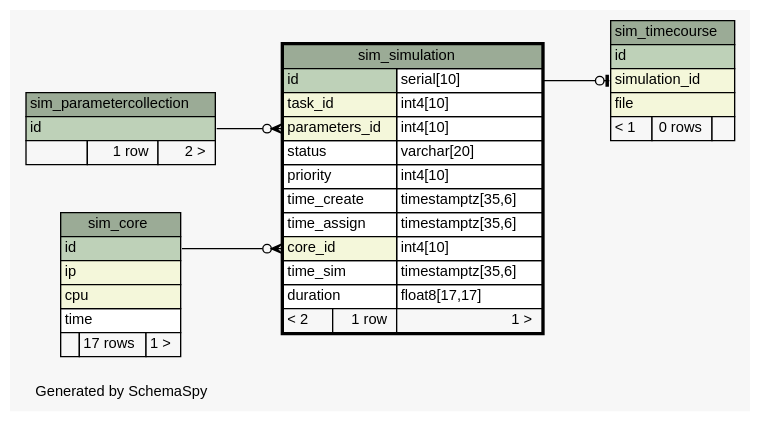
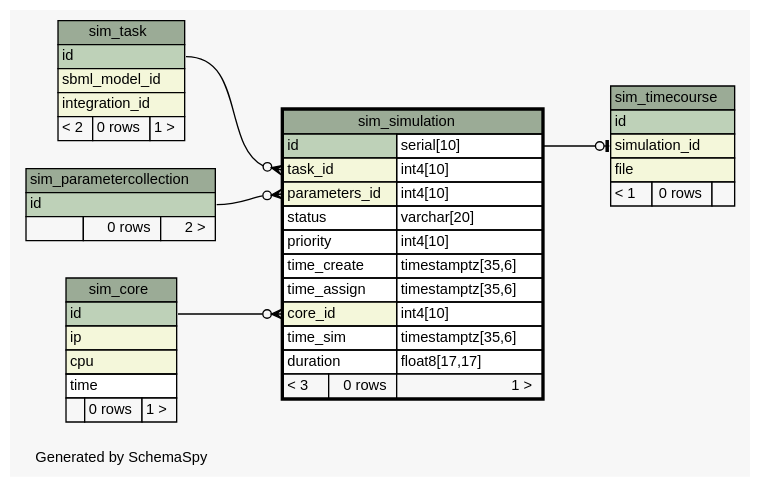
The diagram in database/diagrams/sim_simulation.1degree.dot (jingyayeah/multiscale-galactose), drawn with Graphviz before and after one commit. The commit also changed 90 other files, not shown here.

```diff
--- a/database/diagrams/sim_simulation.1degree.dot
+++ b/database/diagrams/sim_simulation.1degree.dot
@@ -1,79 +1,92 @@
 // dot 2.20.2 on Linux 2.6.32-53-generic
 // SchemaSpy rev 590
 digraph "oneDegreeRelationshipsDiagram" {
   graph [
     rankdir="RL"
     bgcolor="#f7f7f7"
     label="\nGenerated by SchemaSpy"
     labeljust="l"
     nodesep="0.18"
     ranksep="0.46"
     fontname="Helvetica"
     fontsize="11"
   ];
   node [
     fontname="Helvetica"
     fontsize="11"
     shape="plaintext"
   ];
   edge [
     arrowsize="0.8"
   ];
   "sim_simulation":"core_id":w -> "sim_core":"id":e [arrowhead=none dir=back arrowtail=crowodot];
   "sim_simulation":"parameters_id":w -> "sim_parametercollection":"id":e [arrowhead=none dir=back arrowtail=crowodot];
+  "sim_simulation":"task_id":w -> "sim_task":"id":e [arrowhead=none dir=back arrowtail=crowodot];
   "sim_timecourse":"simulation_id":w -> "sim_simulation":"id.type":e [arrowhead=none dir=back arrowtail=teeodot];
   "sim_core" [
     label=<
     <TABLE BORDER="0" CELLBORDER="1" CELLSPACING="0" BGCOLOR="#ffffff">
       <TR><TD COLSPAN="3" BGCOLOR="#9bab96" ALIGN="CENTER">sim_core</TD></TR>
       <TR><TD PORT="id" COLSPAN="3" BGCOLOR="#bed1b8" ALIGN="LEFT">id</TD></TR>
       <TR><TD PORT="ip" COLSPAN="3" BGCOLOR="#f4f7da" ALIGN="LEFT">ip</TD></TR>
       <TR><TD PORT="cpu" COLSPAN="3" BGCOLOR="#f4f7da" ALIGN="LEFT">cpu</TD></TR>
       <TR><TD PORT="time" COLSPAN="3" ALIGN="LEFT">time</TD></TR>
-      <TR><TD ALIGN="LEFT" BGCOLOR="#f7f7f7">  </TD><TD ALIGN="RIGHT" BGCOLOR="#f7f7f7">17 rows</TD><TD ALIGN="RIGHT" BGCOLOR="#f7f7f7">1 &gt;</TD></TR>
+      <TR><TD ALIGN="LEFT" BGCOLOR="#f7f7f7">  </TD><TD ALIGN="RIGHT" BGCOLOR="#f7f7f7">0 rows</TD><TD ALIGN="RIGHT" BGCOLOR="#f7f7f7">1 &gt;</TD></TR>
     </TABLE>>
     URL="sim_core.html"
     tooltip="sim_core"
   ];
   "sim_parametercollection" [
     label=<
     <TABLE BORDER="0" CELLBORDER="1" CELLSPACING="0" BGCOLOR="#ffffff">
       <TR><TD COLSPAN="3" BGCOLOR="#9bab96" ALIGN="CENTER">sim_parametercollection</TD></TR>
       <TR><TD PORT="id" COLSPAN="3" BGCOLOR="#bed1b8" ALIGN="LEFT">id</TD></TR>
-      <TR><TD ALIGN="LEFT" BGCOLOR="#f7f7f7">  </TD><TD ALIGN="RIGHT" BGCOLOR="#f7f7f7">1 row</TD><TD ALIGN="RIGHT" BGCOLOR="#f7f7f7">2 &gt;</TD></TR>
+      <TR><TD ALIGN="LEFT" BGCOLOR="#f7f7f7">  </TD><TD ALIGN="RIGHT" BGCOLOR="#f7f7f7">0 rows</TD><TD ALIGN="RIGHT" BGCOLOR="#f7f7f7">2 &gt;</TD></TR>
     </TABLE>>
     URL="sim_parametercollection.html"
     tooltip="sim_parametercollection"
   ];
   "sim_simulation" [
     label=<
     <TABLE BORDER="2" CELLBORDER="1" CELLSPACING="0" BGCOLOR="#ffffff">
       <TR><TD COLSPAN="3" BGCOLOR="#9bab96" ALIGN="CENTER">sim_simulation</TD></TR>
       <TR><TD PORT="id" COLSPAN="2" BGCOLOR="#bed1b8" ALIGN="LEFT">id</TD><TD PORT="id.type" ALIGN="LEFT">serial[10]</TD></TR>
       <TR><TD PORT="task_id" COLSPAN="2" BGCOLOR="#f4f7da" ALIGN="LEFT">task_id</TD><TD PORT="task_id.type" ALIGN="LEFT">int4[10]</TD></TR>
       <TR><TD PORT="parameters_id" COLSPAN="2" BGCOLOR="#f4f7da" ALIGN="LEFT">parameters_id</TD><TD PORT="parameters_id.type" ALIGN="LEFT">int4[10]</TD></TR>
       <TR><TD PORT="status" COLSPAN="2" ALIGN="LEFT">status</TD><TD PORT="status.type" ALIGN="LEFT">varchar[20]</TD></TR>
       <TR><TD PORT="priority" COLSPAN="2" ALIGN="LEFT">priority</TD><TD PORT="priority.type" ALIGN="LEFT">int4[10]</TD></TR>
       <TR><TD PORT="time_create" COLSPAN="2" ALIGN="LEFT">time_create</TD><TD PORT="time_create.type" ALIGN="LEFT">timestamptz[35,6]</TD></TR>
       <TR><TD PORT="time_assign" COLSPAN="2" ALIGN="LEFT">time_assign</TD><TD PORT="time_assign.type" ALIGN="LEFT">timestamptz[35,6]</TD></TR>
       <TR><TD PORT="core_id" COLSPAN="2" BGCOLOR="#f4f7da" ALIGN="LEFT">core_id</TD><TD PORT="core_id.type" ALIGN="LEFT">int4[10]</TD></TR>
       <TR><TD PORT="time_sim" COLSPAN="2" ALIGN="LEFT">time_sim</TD><TD PORT="time_sim.type" ALIGN="LEFT">timestamptz[35,6]</TD></TR>
       <TR><TD PORT="duration" COLSPAN="2" ALIGN="LEFT">duration</TD><TD PORT="duration.type" ALIGN="LEFT">float8[17,17]</TD></TR>
-      <TR><TD ALIGN="LEFT" BGCOLOR="#f7f7f7">&lt; 2</TD><TD ALIGN="RIGHT" BGCOLOR="#f7f7f7">1 row</TD><TD ALIGN="RIGHT" BGCOLOR="#f7f7f7">1 &gt;</TD></TR>
+      <TR><TD ALIGN="LEFT" BGCOLOR="#f7f7f7">&lt; 3</TD><TD ALIGN="RIGHT" BGCOLOR="#f7f7f7">0 rows</TD><TD ALIGN="RIGHT" BGCOLOR="#f7f7f7">1 &gt;</TD></TR>
     </TABLE>>
     URL="sim_simulation.html"
     tooltip="sim_simulation"
+  ];
+  "sim_task" [
+    label=<
+    <TABLE BORDER="0" CELLBORDER="1" CELLSPACING="0" BGCOLOR="#ffffff">
+      <TR><TD COLSPAN="3" BGCOLOR="#9bab96" ALIGN="CENTER">sim_task</TD></TR>
+      <TR><TD PORT="id" COLSPAN="3" BGCOLOR="#bed1b8" ALIGN="LEFT">id</TD></TR>
+      <TR><TD PORT="sbml_model_id" COLSPAN="3" BGCOLOR="#f4f7da" ALIGN="LEFT">sbml_model_id</TD></TR>
+      <TR><TD PORT="integration_id" COLSPAN="3" BGCOLOR="#f4f7da" ALIGN="LEFT">integration_id</TD></TR>
+      <TR><TD ALIGN="LEFT" BGCOLOR="#f7f7f7">&lt; 2</TD><TD ALIGN="RIGHT" BGCOLOR="#f7f7f7">0 rows</TD><TD ALIGN="RIGHT" BGCOLOR="#f7f7f7">1 &gt;</TD></TR>
+    </TABLE>>
+    URL="sim_task.html"
+    tooltip="sim_task"
   ];
   "sim_timecourse" [
     label=<
     <TABLE BORDER="0" CELLBORDER="1" CELLSPACING="0" BGCOLOR="#ffffff">
       <TR><TD COLSPAN="3" BGCOLOR="#9bab96" ALIGN="CENTER">sim_timecourse</TD></TR>
       <TR><TD PORT="id" COLSPAN="3" BGCOLOR="#bed1b8" ALIGN="LEFT">id</TD></TR>
       <TR><TD PORT="simulation_id" COLSPAN="3" BGCOLOR="#f4f7da" ALIGN="LEFT">simulation_id</TD></TR>
       <TR><TD PORT="file" COLSPAN="3" BGCOLOR="#f4f7da" ALIGN="LEFT">file</TD></TR>
       <TR><TD ALIGN="LEFT" BGCOLOR="#f7f7f7">&lt; 1</TD><TD ALIGN="RIGHT" BGCOLOR="#f7f7f7">0 rows</TD><TD ALIGN="RIGHT" BGCOLOR="#f7f7f7">  </TD></TR>
     </TABLE>>
     URL="sim_timecourse.html"
     tooltip="sim_timecourse"
   ];
 }
```
